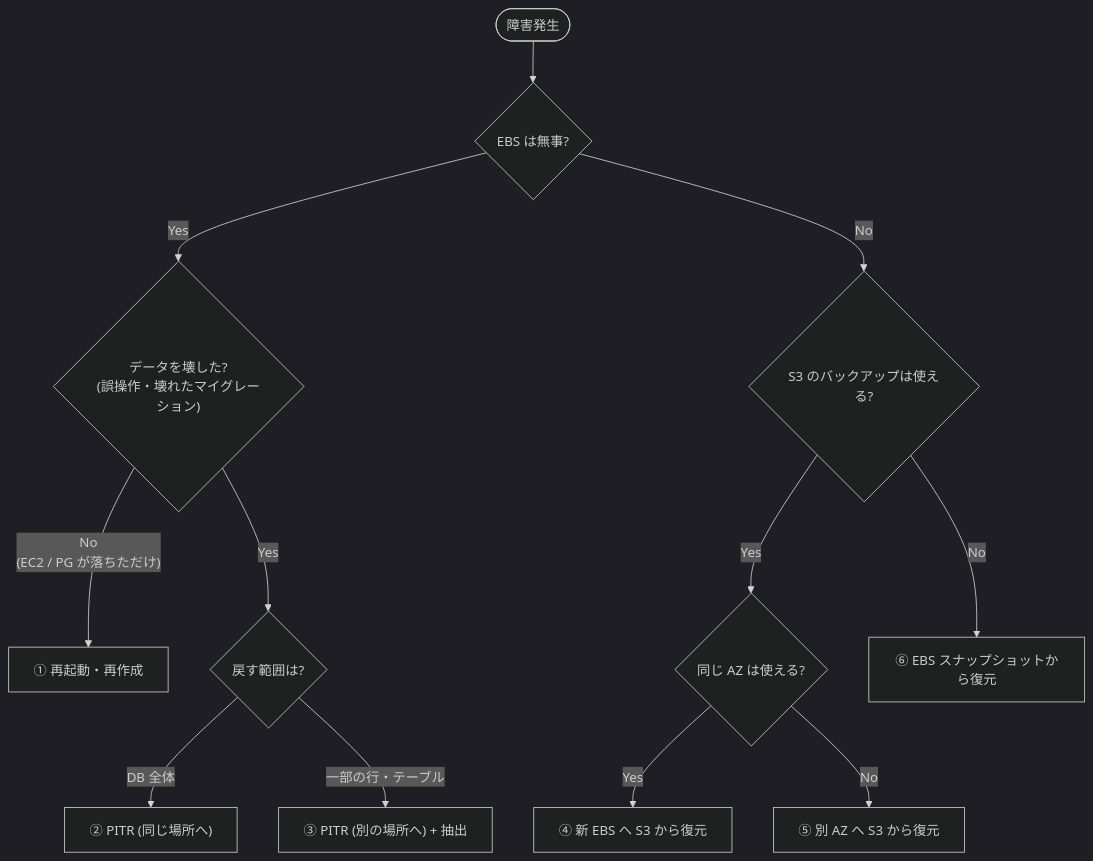
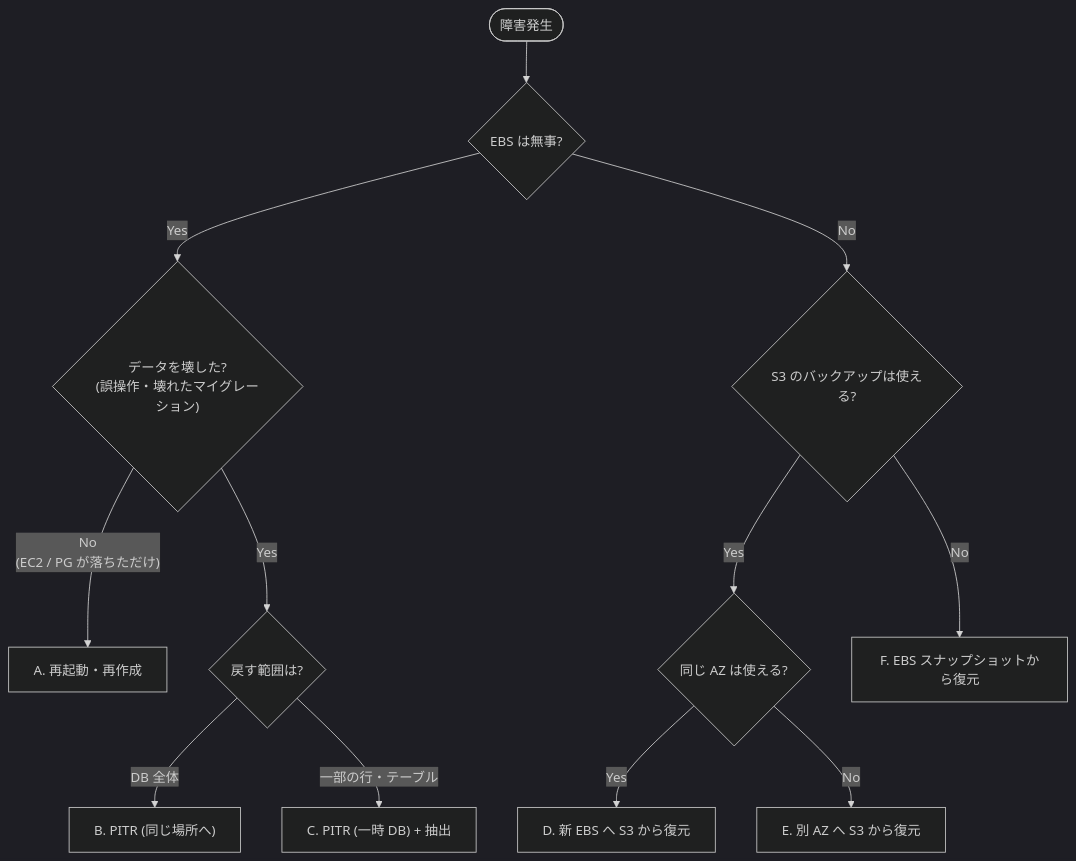
One commit to doguto/nari-note changed the second of 3 diagrams in infrastruture/docs/db-backup-recovery.md. Above: the diagram before and after it, drawn with Mermaid (dark theme). The commit also changed other lines of this file and 58 other files, not shown here.

````diff
--- a/infrastruture/docs/db-backup-recovery.md
+++ b/infrastruture/docs/db-backup-recovery.md
@@ -147,14 +99,14 @@
 ```mermaid
 flowchart TD
     start(["障害発生"]) --> q1{"EBS は無事?"}
     q1 -- "Yes" --> q2{"データを壊した?<br/>(誤操作・壊れたマイグレーション)"}
-    q2 -- "No<br/>(EC2 / PG が落ちただけ)" --> c1["① 再起動・再作成"]
+    q2 -- "No<br/>(EC2 / PG が落ちただけ)" --> c1["A. 再起動・再作成"]
     q2 -- "Yes" --> q3{"戻す範囲は?"}
-    q3 -- "DB 全体" --> c2["② PITR (同じ場所へ)"]
-    q3 -- "一部の行・テーブル" --> c3["③ PITR (別の場所へ) + 抽出"]
+    q3 -- "DB 全体" --> c2["B. PITR (同じ場所へ)"]
+    q3 -- "一部の行・テーブル" --> c3["C. PITR (一時 DB) + 抽出"]
     q1 -- "No" --> q4{"S3 のバックアップは使える?"}
     q4 -- "Yes" --> q5{"同じ AZ は使える?"}
-    q5 -- "Yes" --> c4["④ 新 EBS へ S3 から復元"]
-    q5 -- "No" --> c5["⑤ 別 AZ へ S3 から復元"]
-    q4 -- "No" --> c6["⑥ EBS スナップショットから復元"]
+    q5 -- "Yes" --> c4["D. 新 EBS へ S3 から復元"]
+    q5 -- "No" --> c5["E. 別 AZ へ S3 から復元"]
+    q4 -- "No" --> c6["F. EBS スナップショットから復元"]
 ```
````
